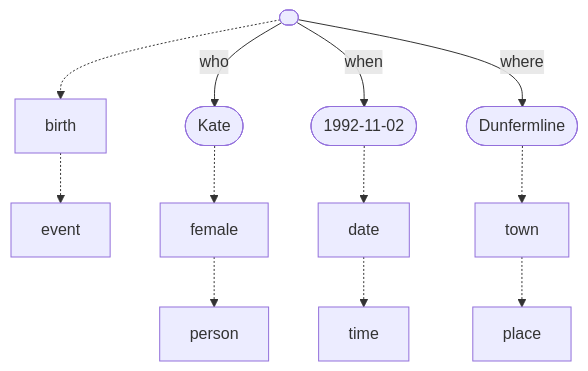
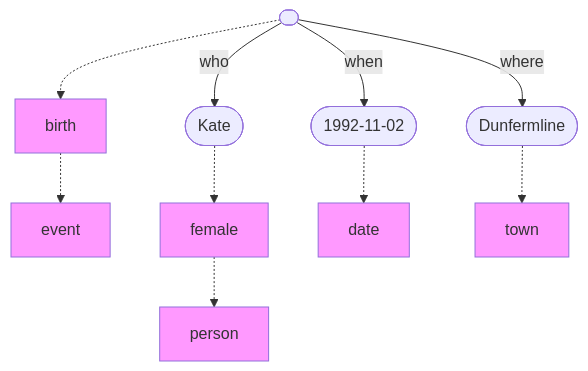
Before and after one commit to conmaol/maglocunus: the third of 9 diagrams in d/data.md, drawn with Mermaid. The commit also changed other lines of this file, not shown here.

First line of the commit message:
Enhance data graph with entity types and new event

````diff
--- a/d/data.md
+++ b/d/data.md
@@ -51,26 +48,23 @@
 ```mermaid
 flowchart TD
-    e[event]
-    f[birth]
+    e[event]:::type
+    f[birth]:::type
     f -.-> e
     a -.-> f
     a([ ])
     b([Kate])
     c([1992-11-02])
     d([Dunfermline])
     a -- who --> b
     a -- when --> c
     a -- where --> d
-    g[female]
-    h[person]
+    g[female]:::type
+    h[person]:::type
     b -.-> g
     g -.-> h
-    i[date]
-    j[time]
+    i[date]:::type
     c -.-> i
-    i -.-> j
-    k[town]
+    k[town]:::type
     d -.-> k
-    l[place]
-    k -.-> l
+    classDef type fill:#f9f;
 ```
````
